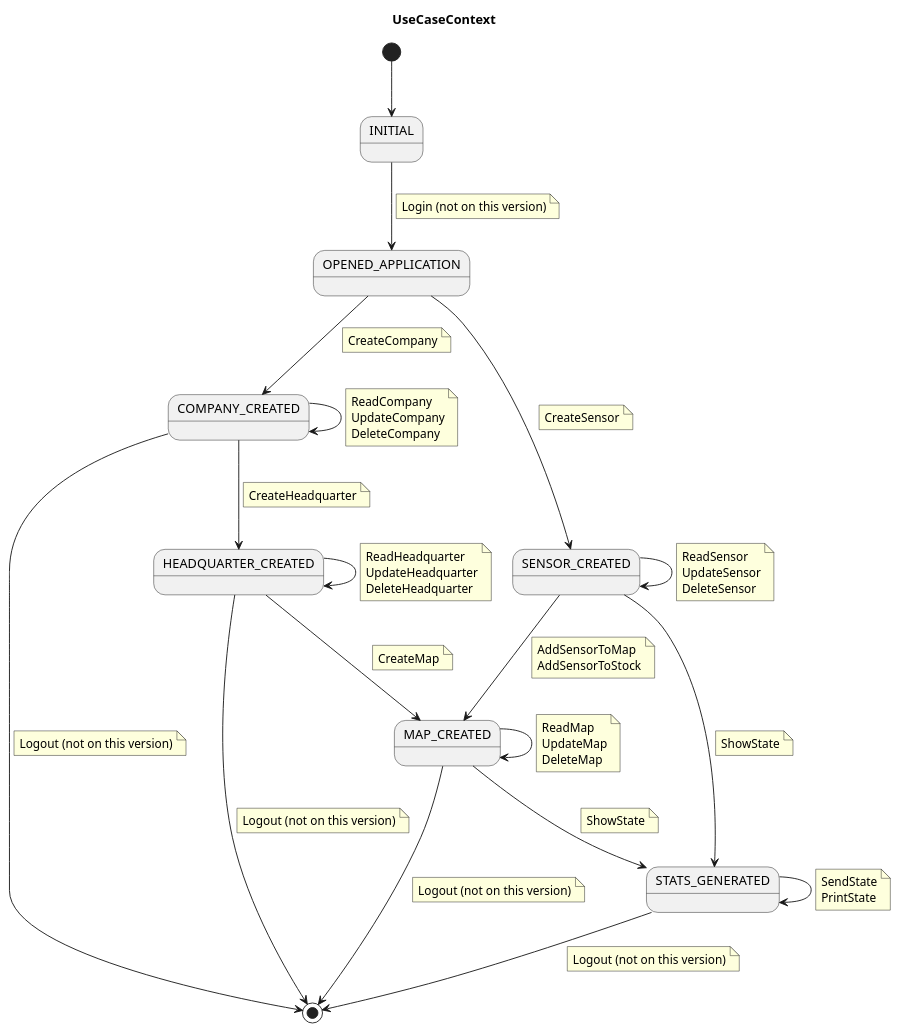
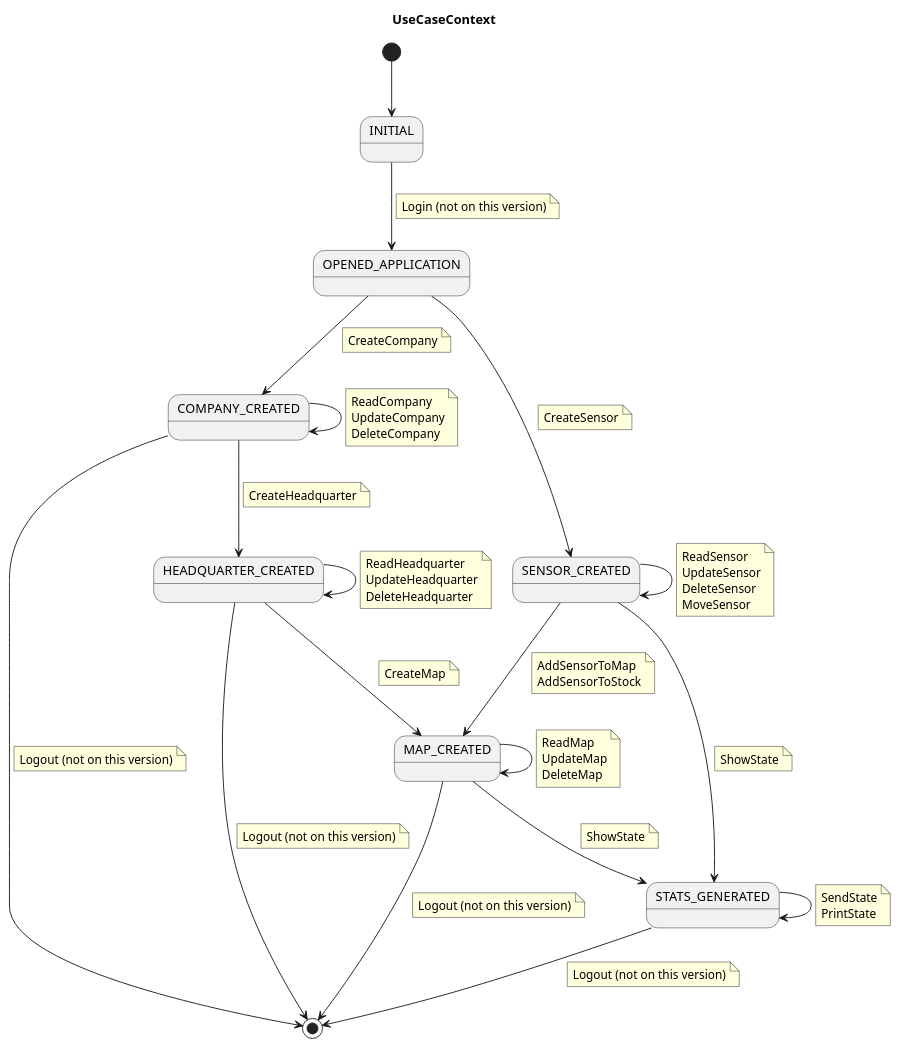
One commit to jumpering/pestmonitors changed the diagram in docs/src/useCaseView/context/useCaseContext.puml. Above: the diagram before and after it, drawn with PlantUML. The commit also changed 3 other files, not shown here.

```diff
--- a/docs/src/useCaseView/context/useCaseContext.puml
+++ b/docs/src/useCaseView/context/useCaseContext.puml
@@ -1,108 +1,109 @@
 @startuml
 title UseCaseContext
 
 state INITIAL
 state OPENED_APPLICATION
 state COMPANY_CREATED
 state HEADQUARTER_CREATED
 state MAP_CREATED
 state SENSOR_CREATED
 state STATS_GENERATED
 
 [*] --> INITIAL
 
 INITIAL --> OPENED_APPLICATION
 note on link
     Login (not on this version)
 end note
 
 OPENED_APPLICATION --> COMPANY_CREATED
     note on link
         CreateCompany
     end note
 COMPANY_CREATED --> COMPANY_CREATED
 note on link
     ReadCompany
     UpdateCompany
     DeleteCompany
 end note
 
 COMPANY_CREATED --> HEADQUARTER_CREATED
     note on link
         CreateHeadquarter
     end note
 
 HEADQUARTER_CREATED --> HEADQUARTER_CREATED
     note on link
         ReadHeadquarter
         UpdateHeadquarter
         DeleteHeadquarter
     end note
 
 HEADQUARTER_CREATED --> MAP_CREATED
     note on link
         CreateMap
     end note
 
 MAP_CREATED --> MAP_CREATED
     note on link
         ReadMap
         UpdateMap
         DeleteMap
     end note
 
 MAP_CREATED --> STATS_GENERATED
     note on link
         ShowState
     end note
 
 OPENED_APPLICATION --> SENSOR_CREATED
     note on link
         CreateSensor
     end note
 
 SENSOR_CREATED --> SENSOR_CREATED
     note on link
         ReadSensor
         UpdateSensor
         DeleteSensor
+        MoveSensor
     end note
 
 COMPANY_CREATED --> [*]
       note on link
           Logout (not on this version)
       end note
 
 HEADQUARTER_CREATED --> [*]
       note on link
           Logout (not on this version)
       end note
 
 MAP_CREATED --> [*]
       note on link
           Logout (not on this version)
       end note
 
 SENSOR_CREATED --> STATS_GENERATED
     note on link
         ShowState
     end note
 
 
 SENSOR_CREATED --> MAP_CREATED
     note on link
         AddSensorToMap
         AddSensorToStock
     end note
 
 STATS_GENERATED --> STATS_GENERATED
     note on link
         SendState
         PrintState
     end note
 
 STATS_GENERATED --> [*]
       note on link
           Logout (not on this version)
       end note
 @enduml
```
